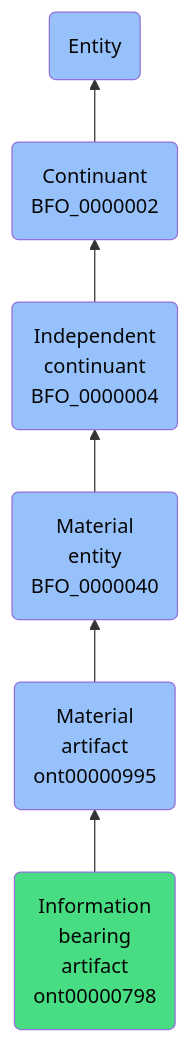
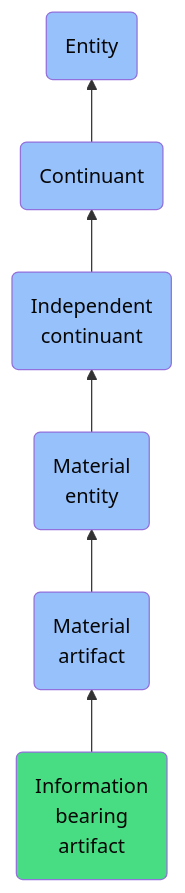
The diagram in docs/ontology/reference/model/Entity/Continuant/Independent continuant/Material entity/Material artifact/Information bearing artifact/Information bearing artifact.md (jupyter-naas/abi), drawn with Mermaid before and after one commit. The commit also changed other lines of this file and 1430 other files, not shown here.

````diff
--- a/docs/ontology/reference/model/Entity/Continuant/Independent continuant/Material entity/Material artifact/Information bearing artifact/Information bearing artifact.md
+++ b/docs/ontology/reference/model/Entity/Continuant/Independent continuant/Material entity/Material artifact/Information bearing artifact/Information bearing artifact.md
@@ -24,13 +24,13 @@
 ```mermaid
 graph BT
-    ont00000798(Information<br>bearing<br>artifact<br>ont00000798):::ABI-->ont00000995
-    ont00000995(Material<br>artifact<br>ont00000995):::BFO-->BFO_0000040
-    BFO_0000040(Material<br>entity<br>BFO_0000040):::BFO-->BFO_0000004
-    BFO_0000004(Independent<br>continuant<br>BFO_0000004):::BFO-->BFO_0000002
-    BFO_0000002(Continuant<br>BFO_0000002):::BFO-->BFO_0000001
+    ont00000798(Information<br>bearing<br>artifact):::ABI-->ont00000995
+    ont00000995(Material<br>artifact):::BFO-->BFO_0000040
+    BFO_0000040(Material<br>entity):::BFO-->BFO_0000004
+    BFO_0000004(Independent<br>continuant):::BFO-->BFO_0000002
+    BFO_0000002(Continuant):::BFO-->BFO_0000001
     BFO_0000001(Entity):::BFO
     
     classDef BFO fill:#97c1fb,color:#060606
     classDef CCO fill:#e4c51e,color:#060606
     classDef ABI fill:#48DD82,color:#060606
 ```
````
